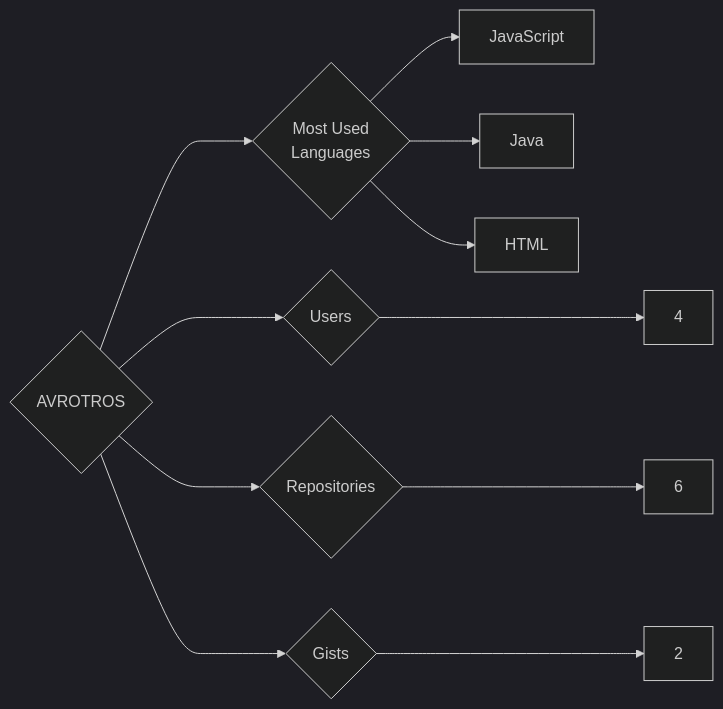
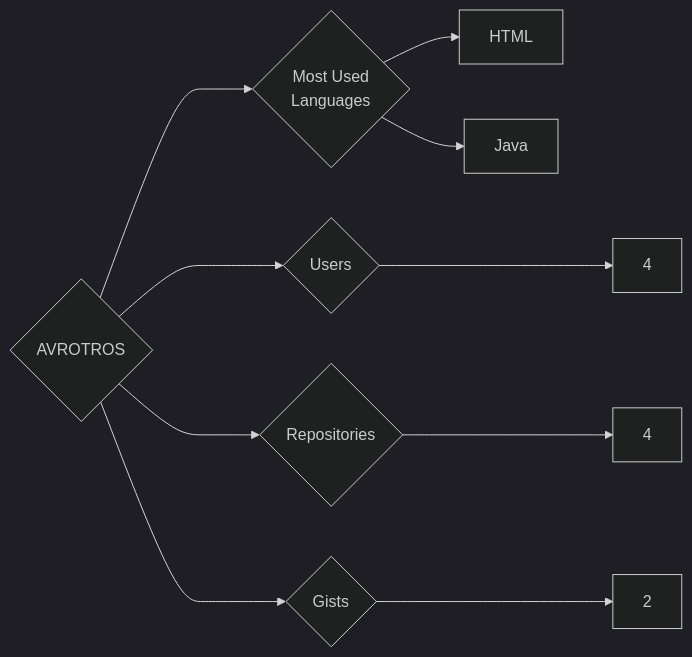
Before and after one commit to trickest/insiders: the diagram in targets/AVROTROS/README.md, drawn with Mermaid (dark theme). The commit also changed 814 other files, not shown here.

````diff
--- a/targets/AVROTROS/README.md
+++ b/targets/AVROTROS/README.md
@@ -3,11 +3,10 @@
 ```mermaid
 graph LR
 COMPANY_NAME{AVROTROS}
 COMPANY_NAME ---> U{Users} ---> UN[4]
-COMPANY_NAME ---> R{Repositories} ---> RN[6]
+COMPANY_NAME ---> R{Repositories} ---> RN[4]
 COMPANY_NAME ---> G{Gists} ---> GN[2]
 COMPANY_NAME ---> ML{Most Used<br>Languages}
-ML --> JavaScript[JavaScript]
+ML --> HTML[HTML]
 ML --> Java[Java]
-ML --> HTML[HTML]
 ```
````
